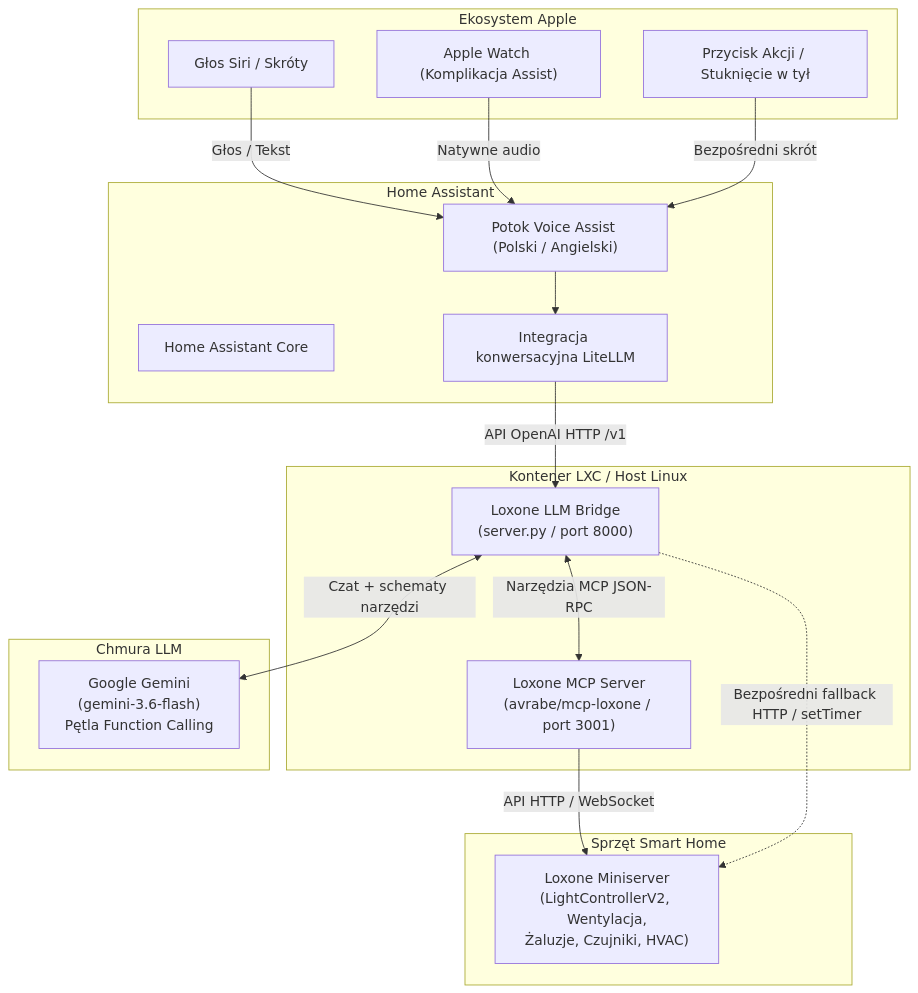
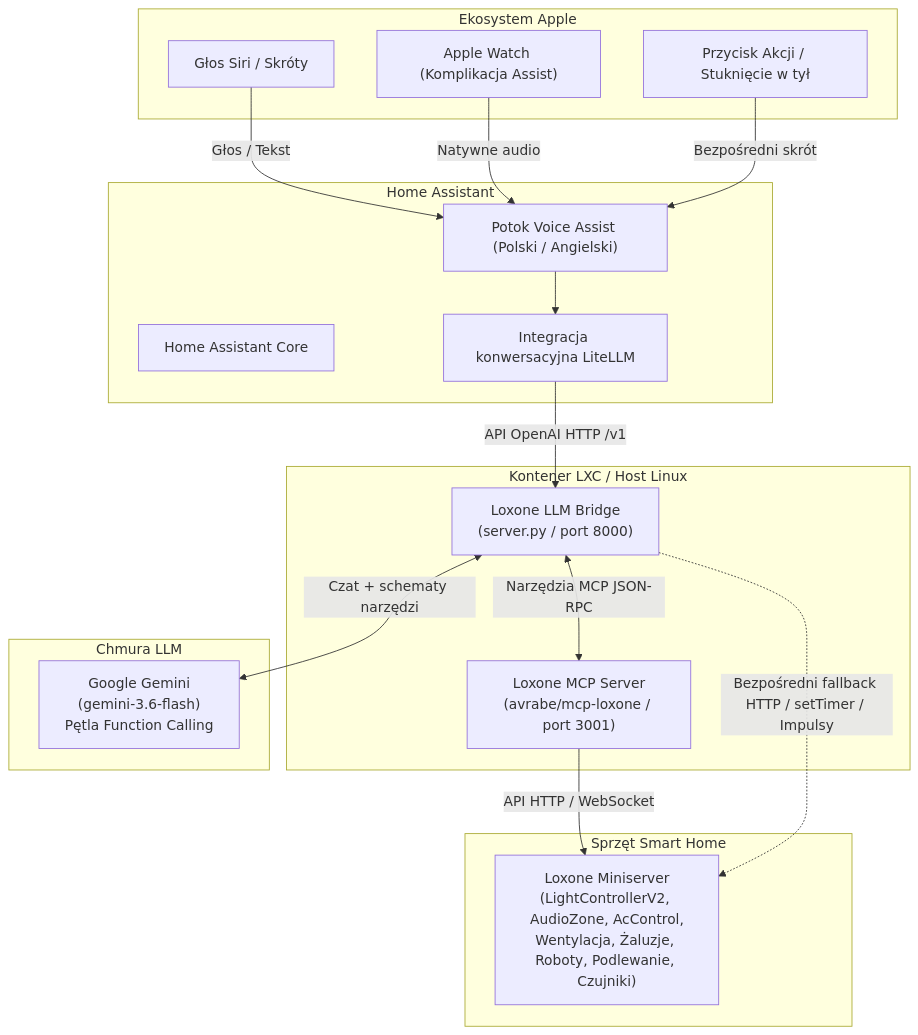
The diagram in README_PL.md (cayco/loxone-llm), drawn with Mermaid before and after one commit. The commit also changed other lines of this file and 3 other files, not shown here.

Commit message:
feat: complete coverage of all Loxone devices (Audio, AC, Vacuum/Mop, Irrigation, Windows, Intercom/Gate, Switches)

````diff
--- a/README_PL.md
+++ b/README_PL.md
@@ -16,37 +16,37 @@
 ```mermaid
 flowchart TD
     subgraph AppleEcosystem["Ekosystem Apple"]
         Siri["Głos Siri / Skróty"]
         Watch["Apple Watch (Komplikacja Assist)"]
         ActionButton["Przycisk Akcji / Stuknięcie w tył"]
     end
 
     subgraph HomeAssistant["Home Assistant"]
         HACore["Home Assistant Core"]
         VoiceAssist["Potok Voice Assist (Polski / Angielski)"]
         LiteLLM["Integracja konwersacyjna LiteLLM"]
     end
 
     subgraph BridgeHost["Kontener LXC / Host Linux"]
         Bridge["Loxone LLM Bridge\n(server.py / port 8000)"]
         MCP["Loxone MCP Server\n(avrabe/mcp-loxone / port 3001)"]
     end
 
     subgraph Cloud["Chmura LLM"]
         Gemini["Google Gemini\n(gemini-3.6-flash)\nPętla Function Calling"]
     end
 
     subgraph SmartHome["Sprzęt Smart Home"]
-        Miniserver["Loxone Miniserver\n(LightControllerV2, Wentylacja,\nŻaluzje, Czujniki, HVAC)"]
+        Miniserver["Loxone Miniserver\n(LightControllerV2, AudioZone, AcControl,\nWentylacja, Żaluzje, Roboty, Podlewanie, Czujniki)"]
     end
 
     Siri -->|Głos / Tekst| VoiceAssist
     Watch -->|Natywne audio| VoiceAssist
     ActionButton -->|Bezpośredni skrót| VoiceAssist
     VoiceAssist --> LiteLLM
     LiteLLM -->|API OpenAI HTTP /v1| Bridge
     Bridge <-->|Czat + schematy narzędzi| Gemini
     Bridge <-->|Narzędzia MCP JSON-RPC| MCP
     MCP -->|API HTTP / WebSocket| Miniserver
-    Bridge -.->|Bezpośredni fallback HTTP / setTimer| Miniserver
+    Bridge -.->|Bezpośredni fallback HTTP / setTimer / Impulsy| Miniserver
 ```
````
